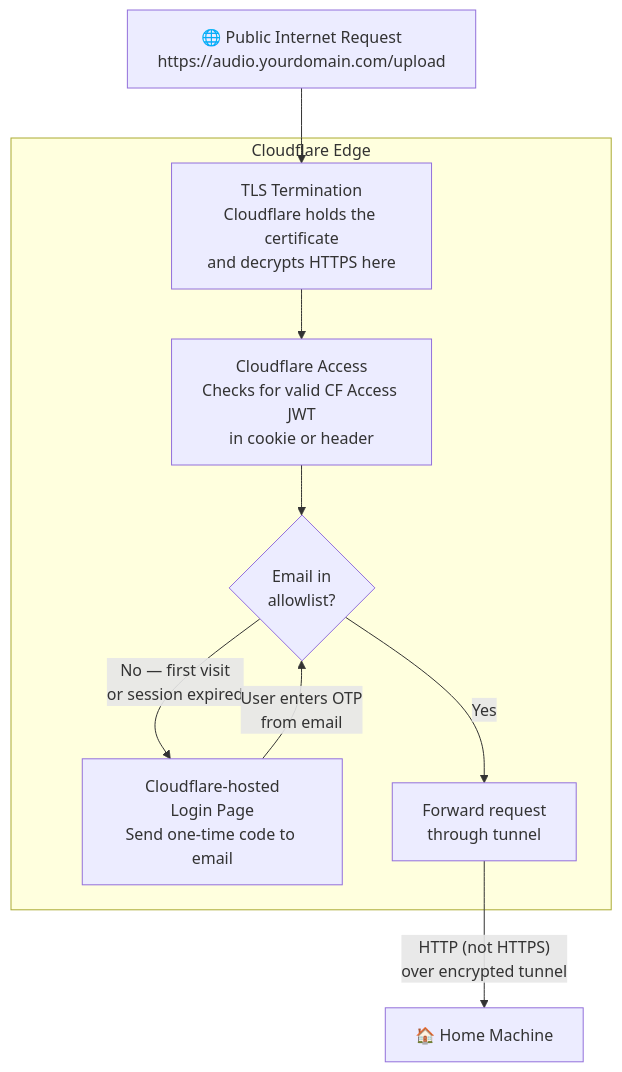
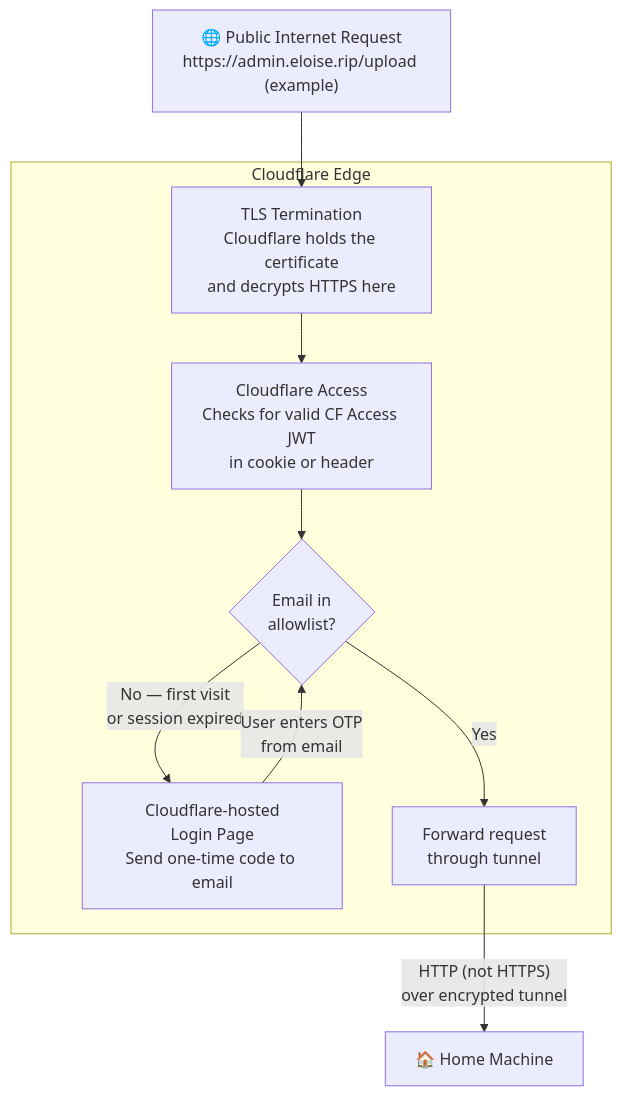
One commit to eloise-normal-name/eloise.rip changed the third of 6 diagrams in docs/audio-pipeline/audio-pipeline-docs.md. Above: the diagram before and after it, drawn with Mermaid. The commit also changed other lines of this file, not shown here.

Commit message:
docs(audio-pipeline): record current Windows tunnel setup status

````diff
--- a/docs/audio-pipeline/audio-pipeline-docs.md
+++ b/docs/audio-pipeline/audio-pipeline-docs.md
@@ -77,20 +103,20 @@
 ```mermaid
 graph TD
-    Internet["🌐 Public Internet Request\nhttps://audio.yourdomain.com/upload"]
+    Internet["🌐 Public Internet Request\nhttps://admin.eloise.rip/upload (example)"]
 
     subgraph Cloudflare Edge
         TLS["TLS Termination\nCloudflare holds the certificate\nand decrypts HTTPS here"]
         Access["Cloudflare Access\nChecks for valid CF Access JWT\nin cookie or header"]
         AllowList{"Email in\nallowlist?"}
         LoginPage["Cloudflare-hosted\nLogin Page\nSend one-time code to email"]
         Forward["Forward request\nthrough tunnel"]
     end
 
     Internet --> TLS
     TLS --> Access
     Access --> AllowList
     AllowList -->|"No — first visit\nor session expired"| LoginPage
     LoginPage -->|"User enters OTP\nfrom email"| AllowList
     AllowList -->|"Yes"| Forward
     Forward -->|"HTTP (not HTTPS)\nover encrypted tunnel"| Home["🏠 Home Machine"]
 ```
````
